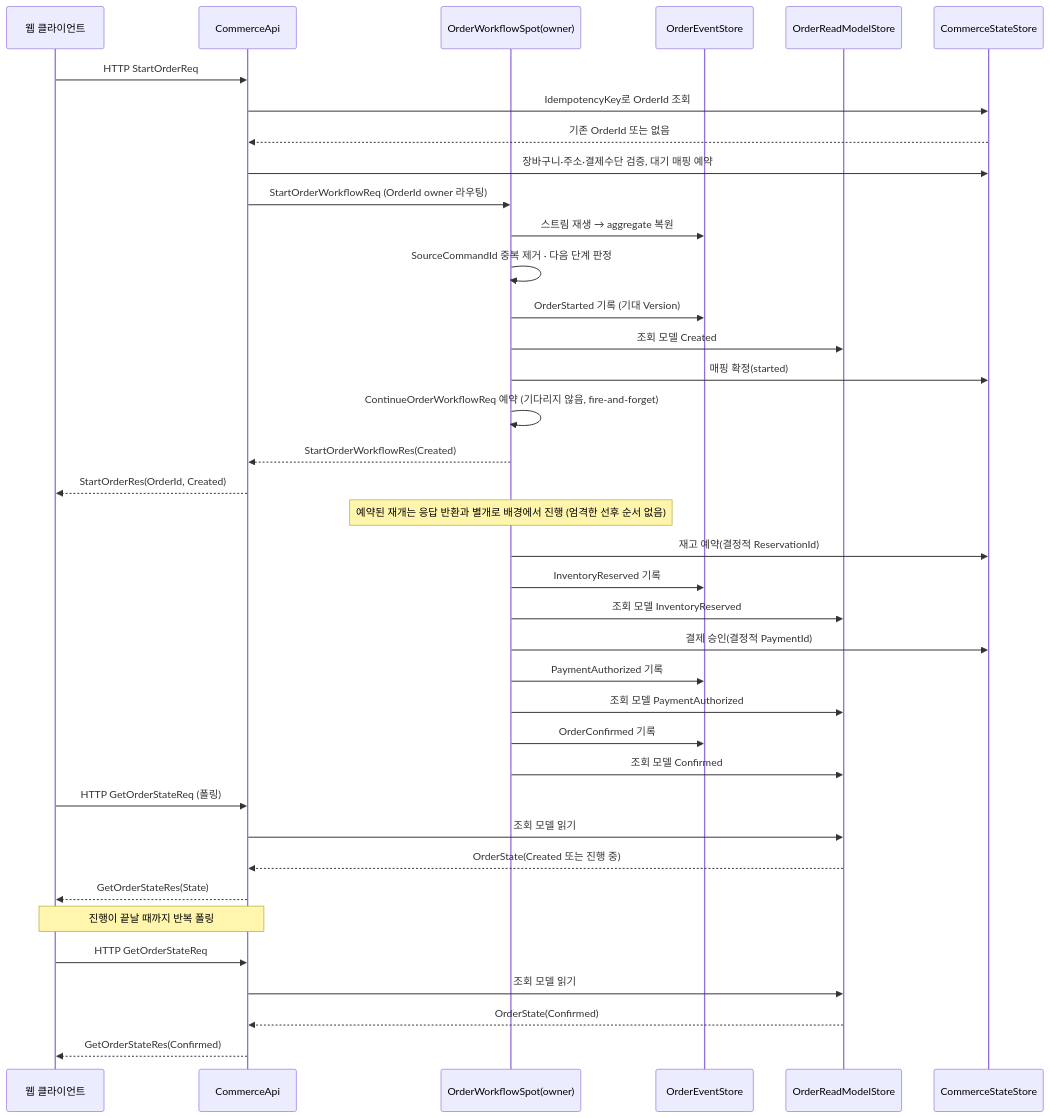
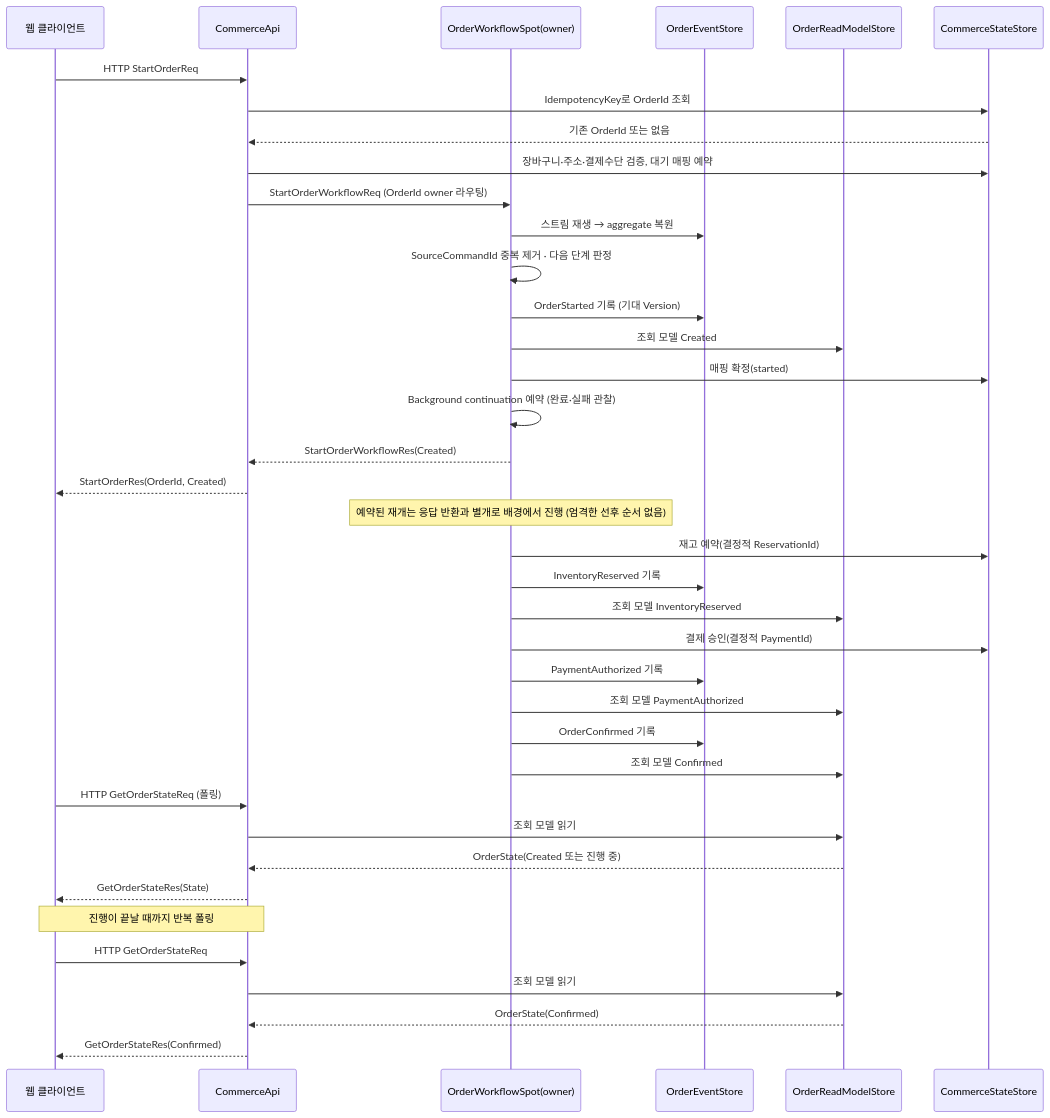
The fifth of 5 diagrams in framework/doc/framework/common/sample/event/shoppingmall.ko.md (kairos-code-dev/zlink), drawn with Mermaid before and after one commit. The commit also changed other lines of this file and 1160 other files, not shown here.

````diff
--- a/framework/doc/framework/common/sample/event/shoppingmall.ko.md
+++ b/framework/doc/framework/common/sample/event/shoppingmall.ko.md
@@ -845,44 +864,44 @@
 ```mermaid
 sequenceDiagram
     participant C as 웹 클라이언트
     participant API as CommerceApi
     participant O as OrderWorkflowSpot(owner)
     participant ES as OrderEventStore
     participant RS as OrderReadModelStore
     participant CS as CommerceStateStore
 
     C->>API: HTTP StartOrderReq
     API->>CS: IdempotencyKey로 OrderId 조회
     CS-->>API: 기존 OrderId 또는 없음
     API->>CS: 장바구니·주소·결제수단 검증, 대기 매핑 예약
     API->>O: StartOrderWorkflowReq (OrderId owner 라우팅)
 
     O->>ES: 스트림 재생 → aggregate 복원
     O->>O: SourceCommandId 중복 제거 · 다음 단계 판정
     O->>ES: OrderStarted 기록 (기대 Version)
     O->>RS: 조회 모델 Created
     O->>CS: 매핑 확정(started)
-    O->>O: ContinueOrderWorkflowReq 예약 (기다리지 않음, fire-and-forget)
+    O->>O: Background continuation 예약 (완료·실패 관찰)
     O-->>API: StartOrderWorkflowRes(Created)
     API-->>C: StartOrderRes(OrderId, Created)
 
     Note over O: 예약된 재개는 응답 반환과 별개로 배경에서 진행 (엄격한 선후 순서 없음)
     O->>CS: 재고 예약(결정적 ReservationId)
     O->>ES: InventoryReserved 기록
     O->>RS: 조회 모델 InventoryReserved
     O->>CS: 결제 승인(결정적 PaymentId)
     O->>ES: PaymentAuthorized 기록
     O->>RS: 조회 모델 PaymentAuthorized
     O->>ES: OrderConfirmed 기록
     O->>RS: 조회 모델 Confirmed
 
     C->>API: HTTP GetOrderStateReq (폴링)
     API->>RS: 조회 모델 읽기
     RS-->>API: OrderState(Created 또는 진행 중)
     API-->>C: GetOrderStateRes(State)
     Note over C,API: 진행이 끝날 때까지 반복 폴링
     C->>API: HTTP GetOrderStateReq
     API->>RS: 조회 모델 읽기
     RS-->>API: OrderState(Confirmed)
     API-->>C: GetOrderStateRes(Confirmed)
 ```
````
